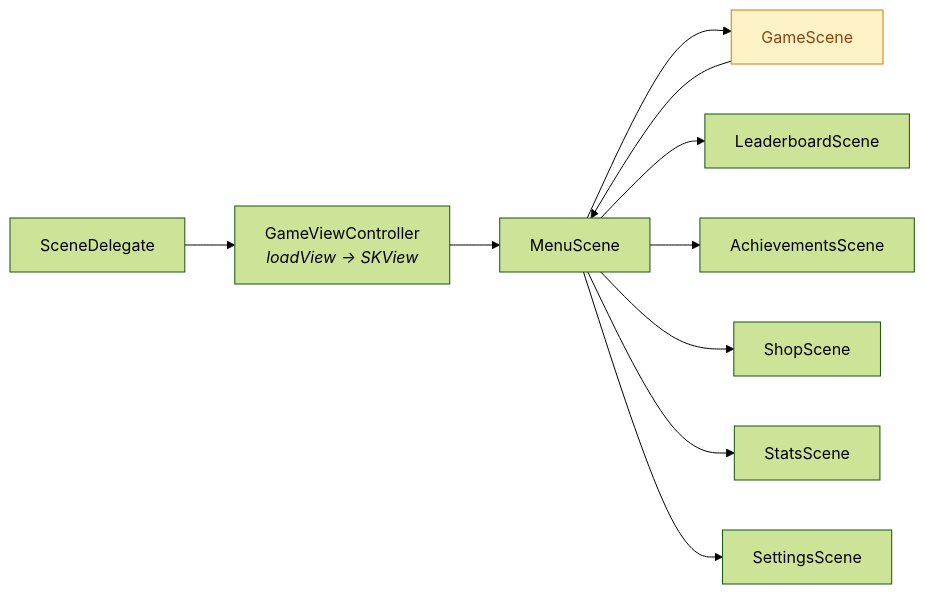
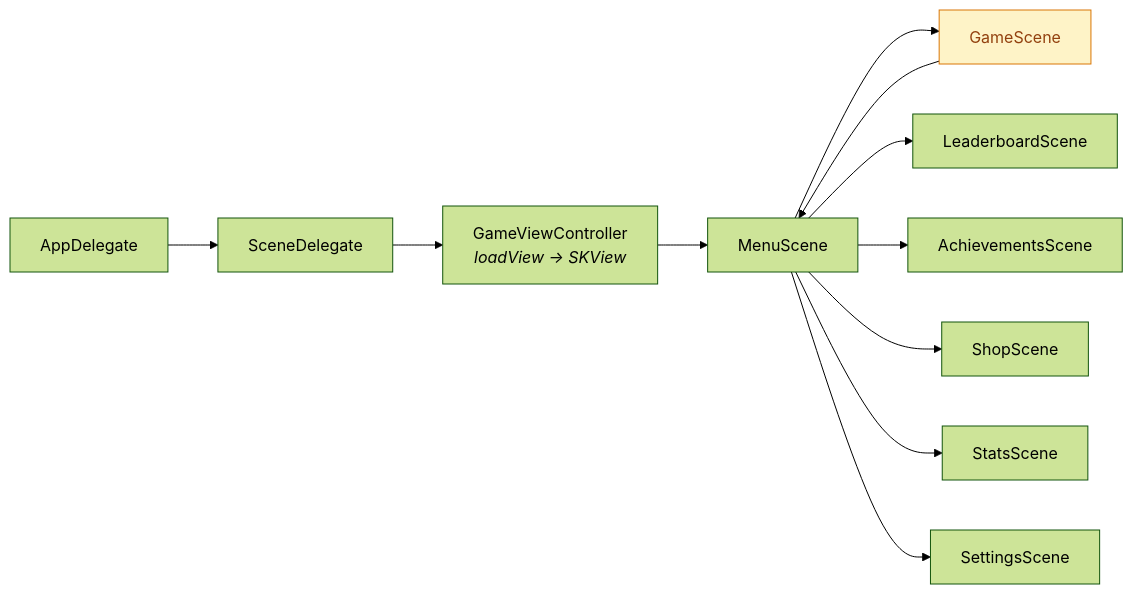
The third of 19 diagrams in ARCHITECTURE.md (hoangsonww/Flappy-Bird-Game), drawn with Mermaid (forest theme) before and after one commit. The commit also changed other lines of this file, not shown here.

First line of the commit message:
docs: expand ARCHITECTURE.md into a full system map

````diff
--- a/ARCHITECTURE.md
+++ b/ARCHITECTURE.md
@@ -80,16 +235,17 @@
 ```mermaid
 flowchart LR
-    SD["SceneDelegate"] --> GVC["GameViewController<br/><i>loadView → SKView</i>"]
+    AD["AppDelegate"] --> SD["SceneDelegate"]
+    SD --> GVC["GameViewController<br/><i>loadView → SKView</i>"]
     GVC --> Menu["MenuScene"]
 
     Menu --> Game["GameScene"]
     Menu --> LB["LeaderboardScene"]
     Menu --> Ach["AchievementsScene"]
     Menu --> Shop["ShopScene"]
     Menu --> Stats["StatsScene"]
     Menu --> Set["SettingsScene"]
 
     Game --> Menu
 
     style Game fill:#fef3c7,stroke:#d97706,color:#92400e
 ```
````
